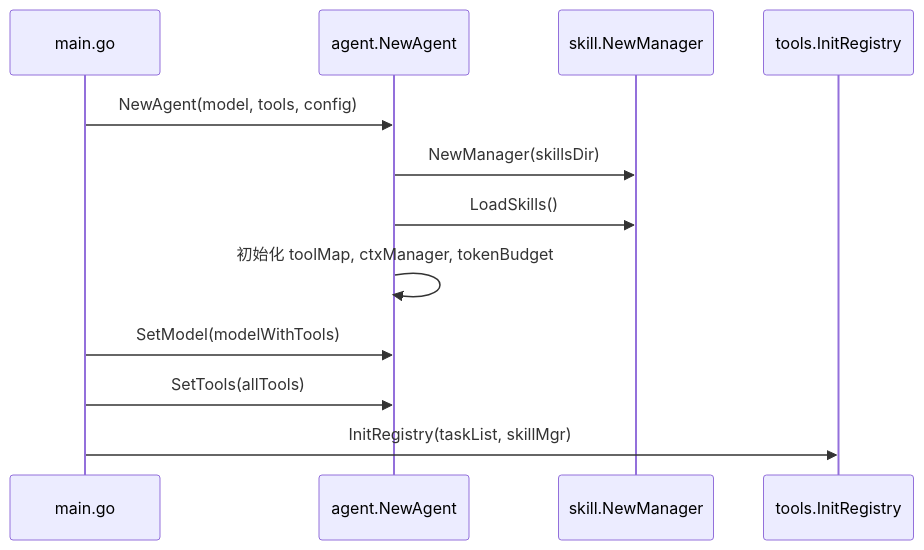
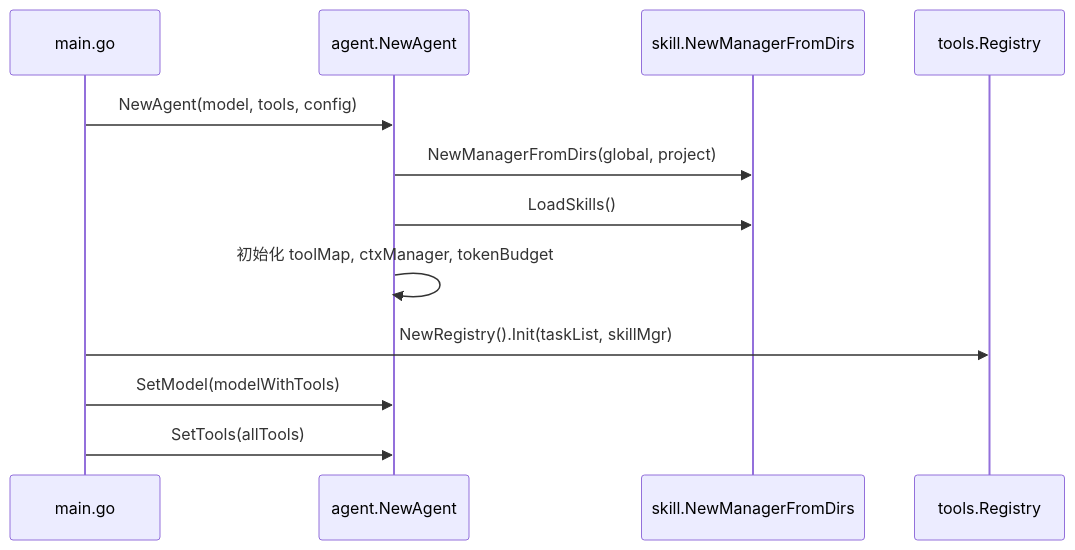
The second of 3 diagrams in doc/agent.md (Ozqi/5hAgent), drawn with Mermaid before and after one commit. The commit also changed other lines of this file and 11 other files, not shown here.

````diff
--- a/doc/agent.md
+++ b/doc/agent.md
@@ -80,15 +80,15 @@
 ```mermaid
 sequenceDiagram
     participant Main as main.go
     participant Agent as agent.NewAgent
-    participant Skill as skill.NewManager
-    participant Tool as tools.InitRegistry
+    participant Skill as skill.NewManagerFromDirs
+    participant Tool as tools.Registry
 
     Main->>Agent: NewAgent(model, tools, config)
-    Agent->>Skill: NewManager(skillsDir)
+    Agent->>Skill: NewManagerFromDirs(global, project)
     Agent->>Skill: LoadSkills()
     Agent->>Agent: 初始化 toolMap, ctxManager, tokenBudget
+    Main->>Tool: NewRegistry().Init(taskList, skillMgr)
     Main->>Agent: SetModel(modelWithTools)
     Main->>Agent: SetTools(allTools)
-    Main->>Tool: InitRegistry(taskList, skillMgr)
 ```
````
